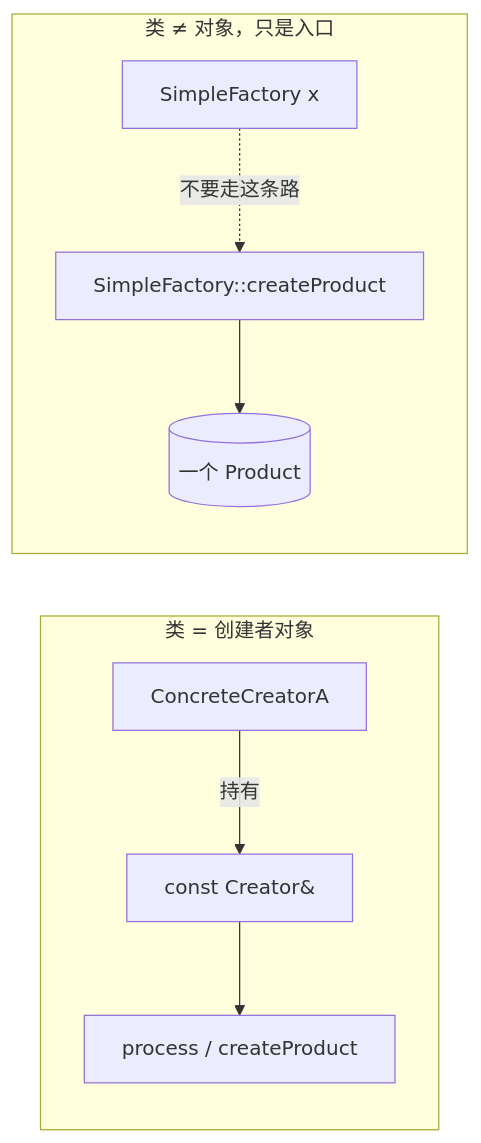
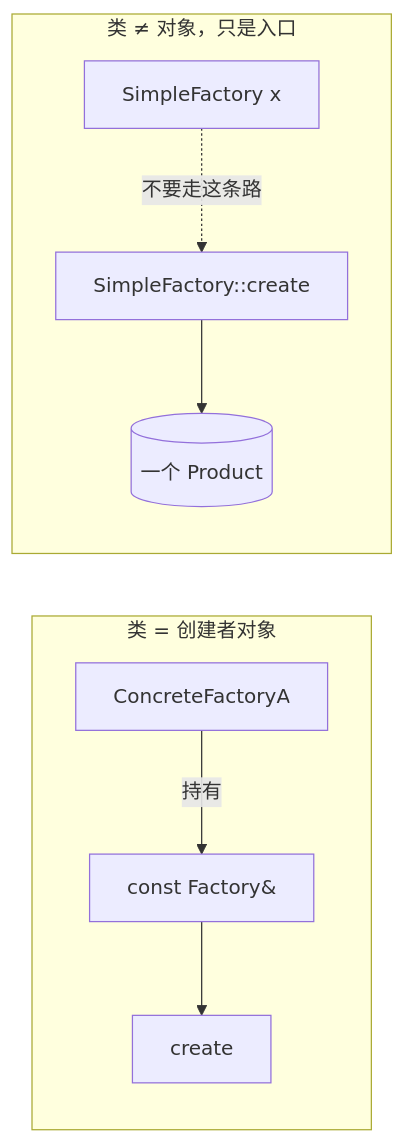
One commit to zackdlut/design_pattern changed the fourth of 9 diagrams in docs/creational/factory_method.md. Above: the diagram before and after it, drawn with Mermaid. The commit also changed other lines of this file and 12 other files, not shown here.

````diff
--- a/docs/creational/factory_method.md
+++ b/docs/creational/factory_method.md
@@ -109,11 +106,11 @@
 ```mermaid
 flowchart LR
   subgraph 工厂方法["类 = 创建者对象"]
-    C[ConcreteCreatorA] -->|持有| R[const Creator&]
-    R --> P[process / createProduct]
+    C[ConcreteFactoryA] -->|持有| R[const Factory&]
+    R --> P[create]
   end
   subgraph 简单工厂["类 ≠ 对象，只是入口"]
-    S["SimpleFactory::createProduct"] --> T[(一个 Product)]
+    S["SimpleFactory::create"] --> T[(一个 Product)]
     X[SimpleFactory x] -.->|不要走这条路| S
   end
 ```
````
